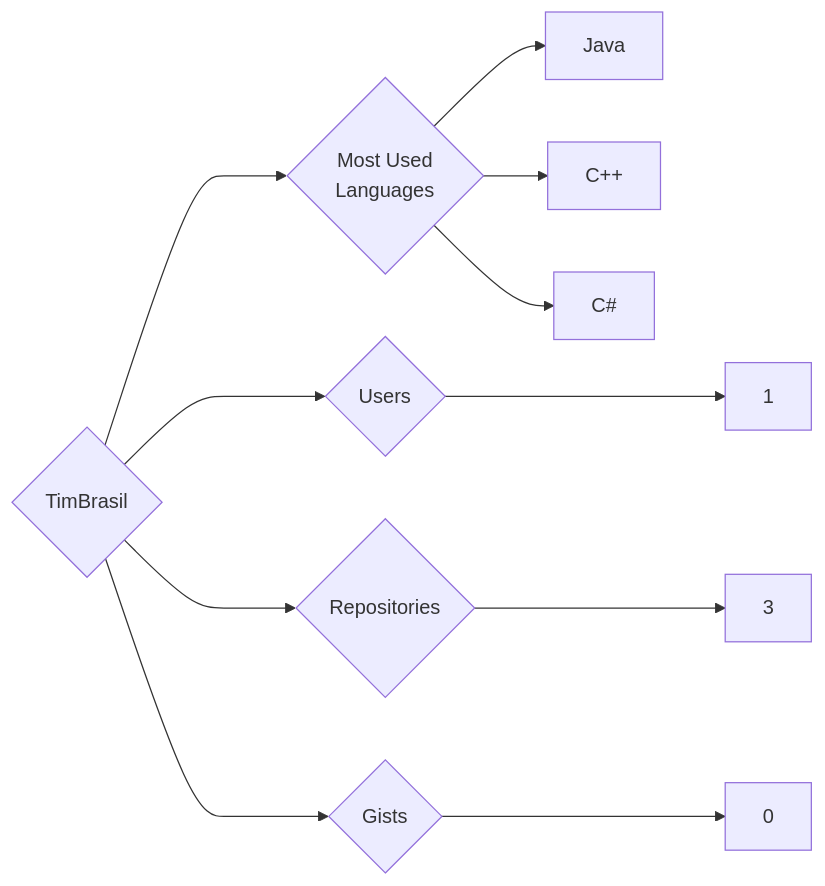
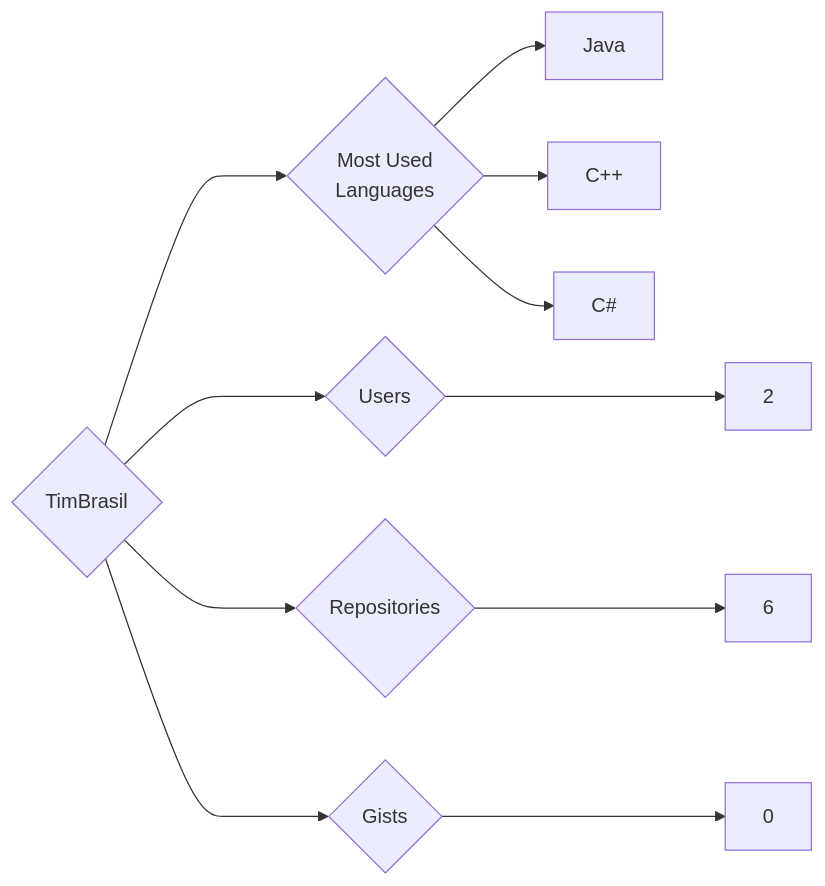
One commit to trickest/insiders changed the diagram in targets/TimBrasil/README.md. Above: the diagram before and after it, drawn with Mermaid. The commit also changed 964 other files, not shown here.

````diff
--- a/targets/TimBrasil/README.md
+++ b/targets/TimBrasil/README.md
@@ -3,11 +3,11 @@
 ```mermaid
 graph LR
 COMPANY_NAME{TimBrasil}
-COMPANY_NAME ---> U{Users} ---> UN[1]
-COMPANY_NAME ---> R{Repositories} ---> RN[3]
+COMPANY_NAME ---> U{Users} ---> UN[2]
+COMPANY_NAME ---> R{Repositories} ---> RN[6]
 COMPANY_NAME ---> G{Gists} ---> GN[0]
 COMPANY_NAME ---> ML{Most Used<br>Languages}
 ML --> Java[Java]
 ML --> C++[C++]
 ML --> C#[C#]
 ```
````
